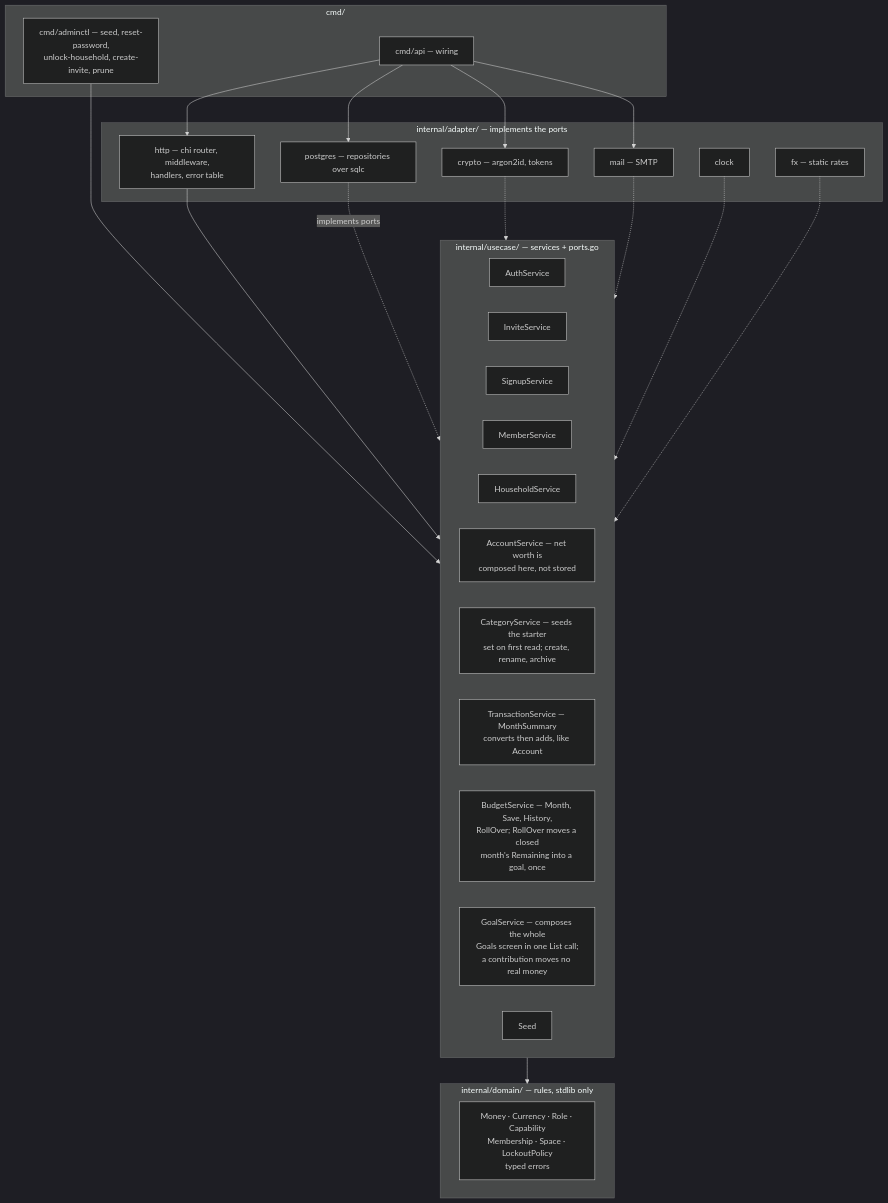
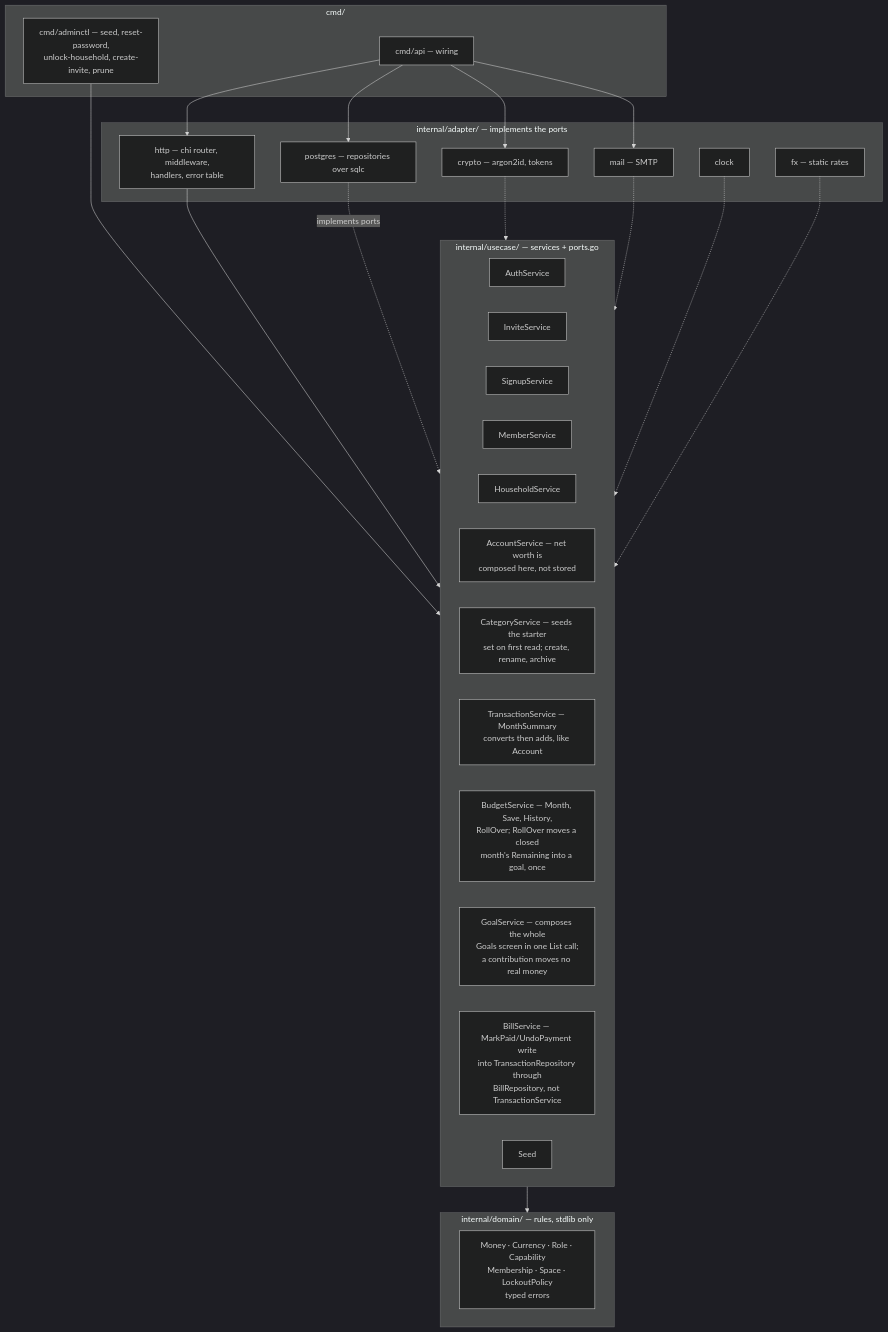
The second of 14 diagrams in docs/SYSTEM_DESIGN.md (oandrz/Household), drawn with Mermaid (dark theme) before and after one commit. The commit also changed other lines of this file and 3 other files, not shown here.

````diff
--- a/docs/SYSTEM_DESIGN.md
+++ b/docs/SYSTEM_DESIGN.md
@@ -89,47 +94,48 @@
 ```mermaid
 graph TD
     subgraph cmd["cmd/"]
         Main["cmd/api — wiring"]
         Admin["cmd/adminctl — seed, reset-password,<br/>unlock-household, create-invite, prune"]
     end
 
     subgraph adapters["internal/adapter/ — implements the ports"]
         HTTP["http — chi router, middleware,<br/>handlers, error table"]
         PGA["postgres — repositories over sqlc"]
         Crypto["crypto — argon2id, tokens"]
         MailA["mail — SMTP"]
         Clock["clock"]
         FX["fx — static rates"]
     end
 
     subgraph usecase["internal/usecase/ — services + ports.go"]
         Auth["AuthService"]
         Invite["InviteService"]
         Signup["SignupService"]
         Member["MemberService"]
         House["HouseholdService"]
         Account["AccountService — net worth is<br/>composed here, not stored"]
         Category["CategoryService — seeds the starter<br/>set on first read; create, rename, archive"]
         Transaction["TransactionService — MonthSummary<br/>converts then adds, like Account"]
         Budget["BudgetService — Month, Save, History,<br/>RollOver; RollOver moves a closed<br/>month's Remaining into a goal, once"]
         Goal["GoalService — composes the whole<br/>Goals screen in one List call;<br/>a contribution moves no real money"]
+        Bill["BillService — MarkPaid/UndoPayment write<br/>into TransactionRepository through<br/>BillRepository, not TransactionService"]
         Seed["Seed"]
     end
 
     subgraph domain["internal/domain/ — rules, stdlib only"]
         Rules["Money · Currency · Role · Capability<br/>Membership · Space · LockoutPolicy<br/>typed errors"]
     end
 
     Main --> HTTP
     Main --> PGA
     Main --> Crypto
     Main --> MailA
     Admin --> usecase
     HTTP --> usecase
     usecase --> domain
     PGA -.->|implements ports| usecase
     Crypto -.-> usecase
     MailA -.-> usecase
     Clock -.-> usecase
     FX -.-> usecase
 ```
````
